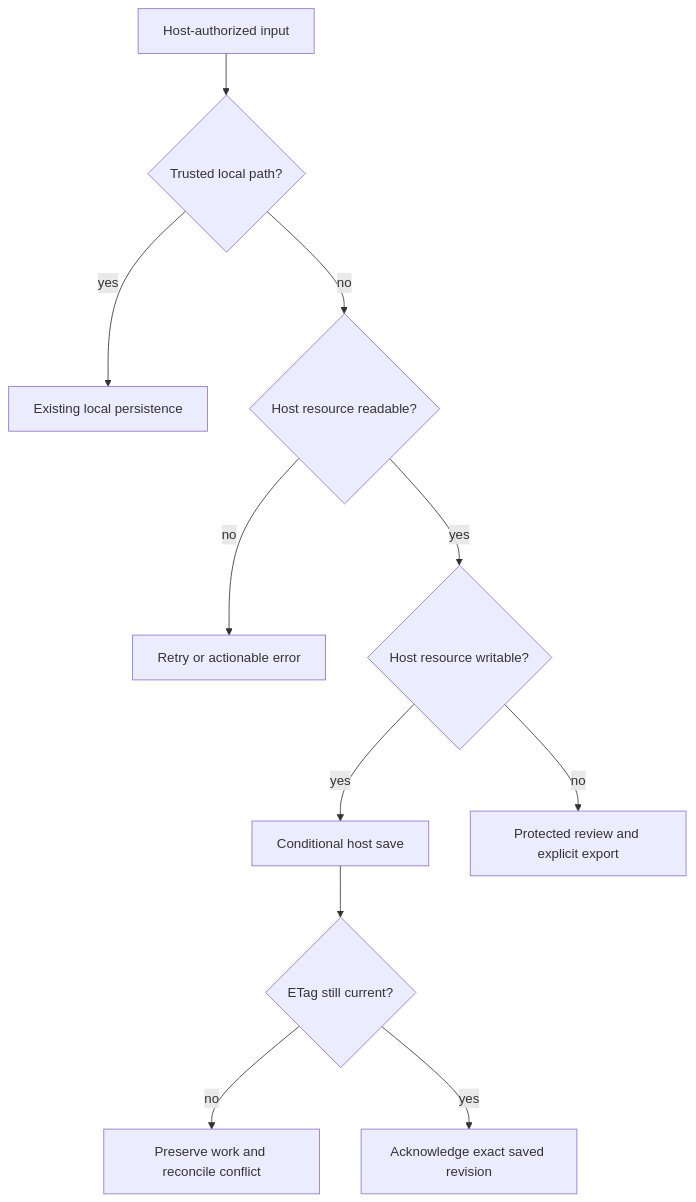
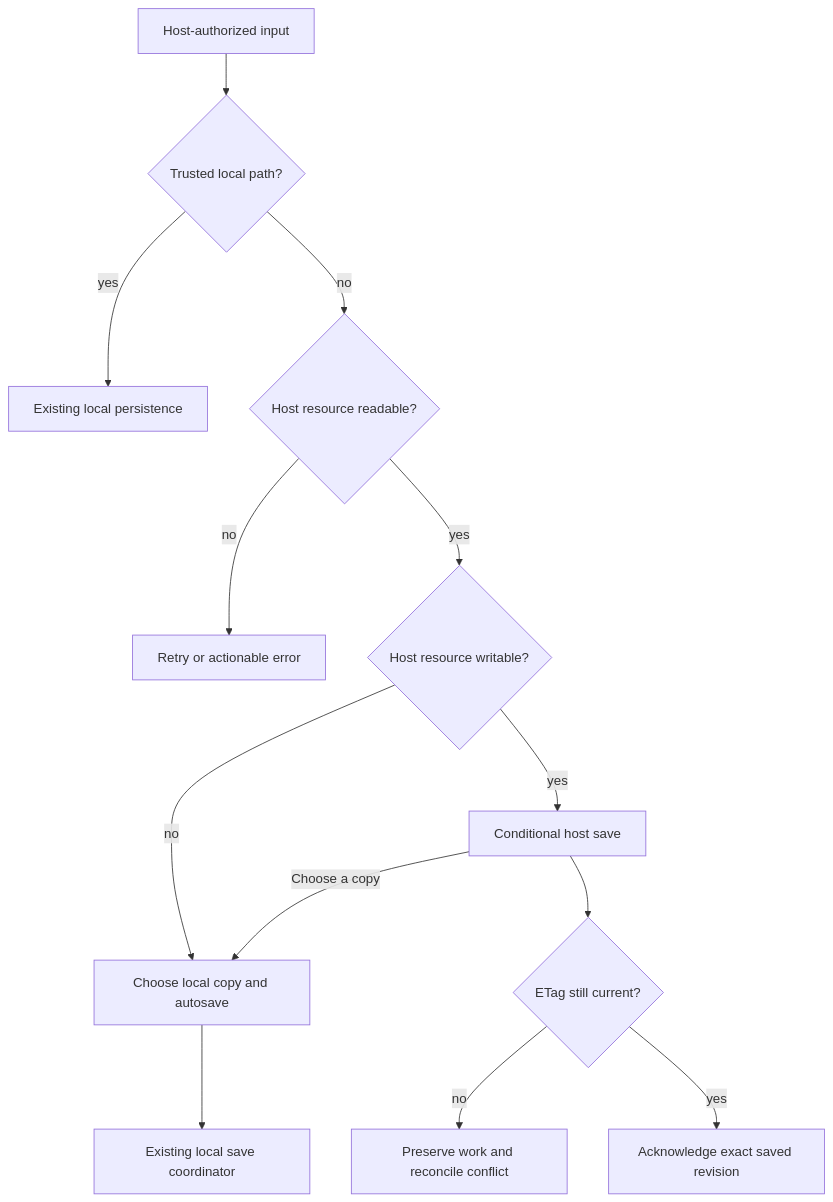
The fourth of 5 diagrams in docs/plans/2026-11-02-feat-chatgpt-extension-experience-plan.md (brad-ross/placekeeper), drawn with Mermaid before and after one commit. The commit also changed other lines of this file and 1 other file, not shown here.

Commit message:
docs(codex): plan native autosave to a chosen copy

````diff
--- a/docs/plans/2026-11-02-feat-chatgpt-extension-experience-plan.md
+++ b/docs/plans/2026-11-02-feat-chatgpt-extension-experience-plan.md
@@ -147,13 +150,15 @@
 ```mermaid
 flowchart TB
   Input[Host-authorized input] --> Path{Trusted local path?}
   Path -->|yes| Local[Existing local persistence]
   Path -->|no| Read{Host resource readable?}
   Read -->|no| Error[Retry or actionable error]
   Read -->|yes| Write{Host resource writable?}
   Write -->|yes| Conditional[Conditional host save]
-  Write -->|no| Export[Protected review and explicit export]
+  Write -->|no| Copy[Choose local copy and autosave]
+  Conditional -->|Choose a copy| Copy
+  Copy --> LocalSave[Existing local save coordinator]
   Conditional --> Conflict{ETag still current?}
   Conflict -->|no| Preserve[Preserve work and reconcile conflict]
   Conflict -->|yes| Saved[Acknowledge exact saved revision]
 ```
````
